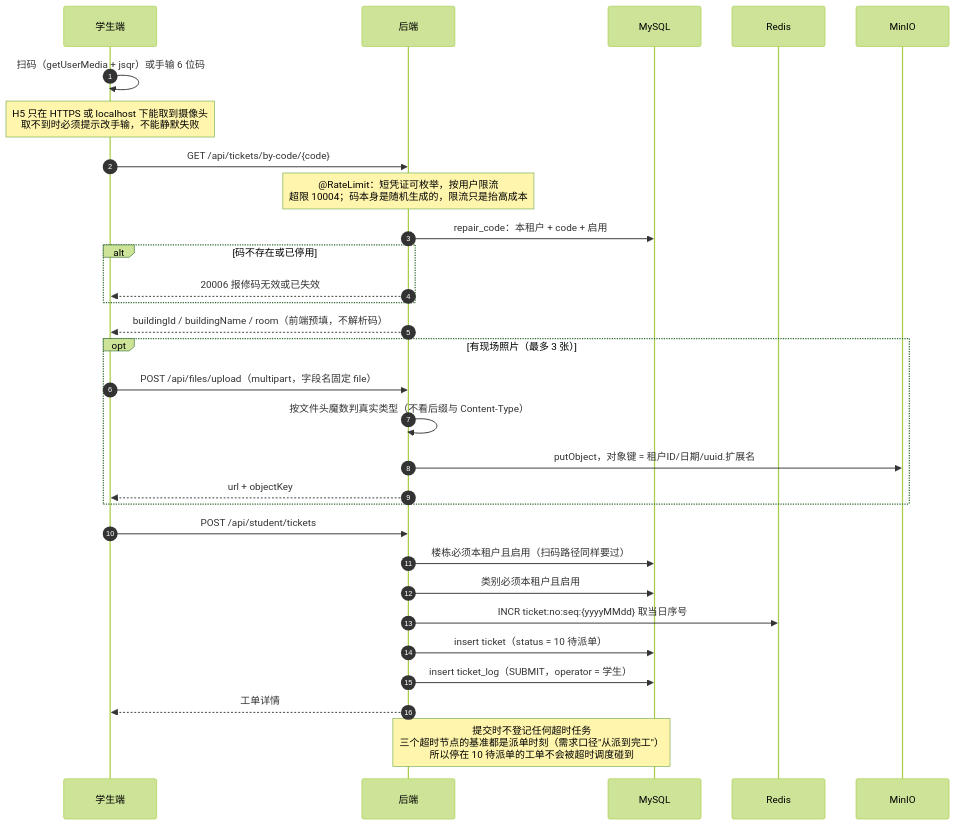
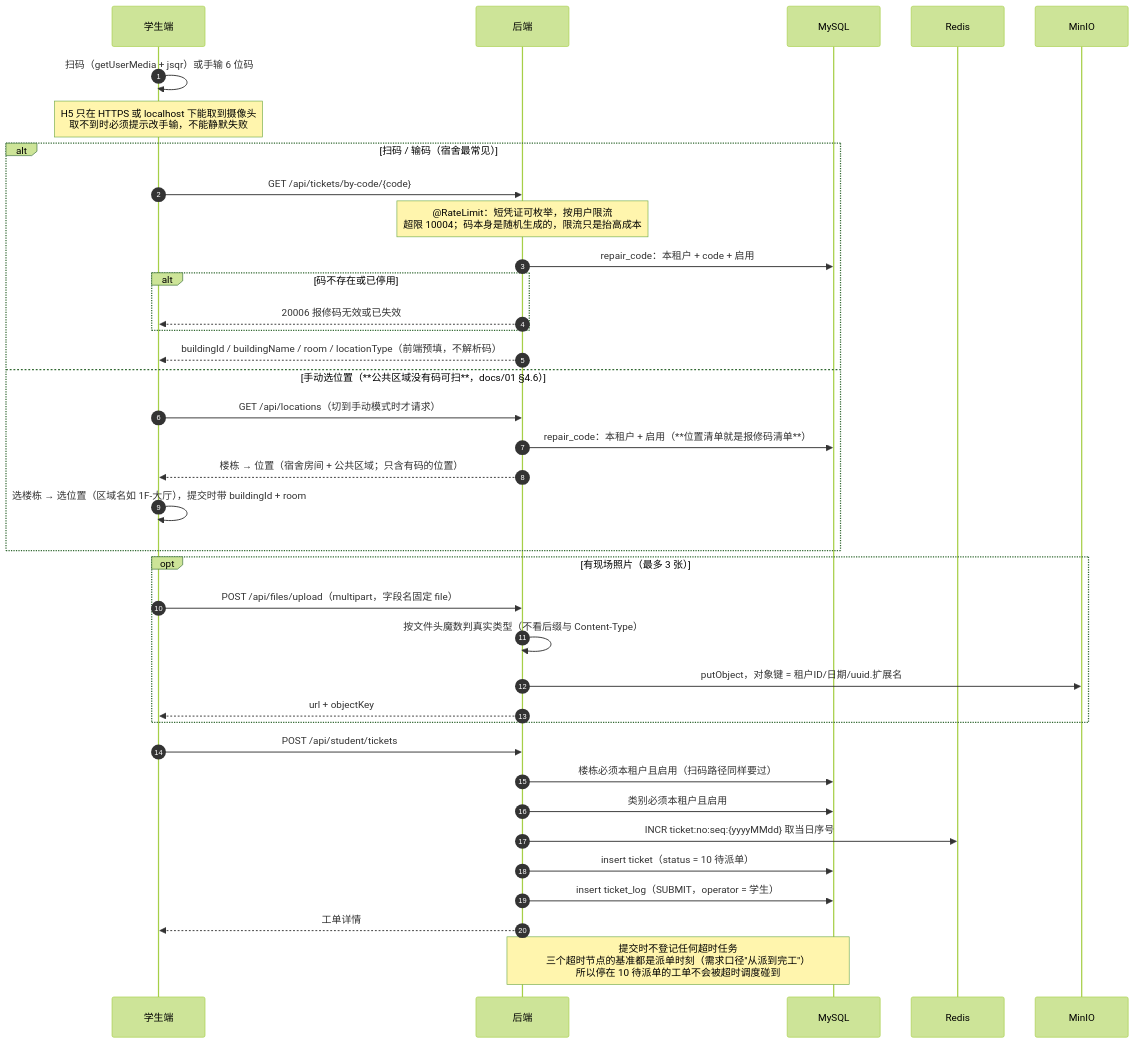
One commit to bluemalic/repair-platform changed the sixth of 12 diagrams in docs/06-架构图.md. Above: the diagram before and after it, drawn with Mermaid (forest theme). The commit also changed other lines of this file and 6 other files, not shown here.

````diff
--- a/docs/06-架构图.md
+++ b/docs/06-架构图.md
@@ -275,35 +275,42 @@
 ```mermaid
 sequenceDiagram
     autonumber
     participant H5 as 学生端
     participant API as 后端
     participant DB as MySQL
     participant R as Redis
     participant MIO as MinIO
 
     H5->>H5: 扫码（getUserMedia + jsqr）或手输 6 位码
     Note over H5: H5 只在 HTTPS 或 localhost 下能取到摄像头<br/>取不到时必须提示改手输，不能静默失败
-    H5->>API: GET /api/tickets/by-code/{code}
-    Note over API: @RateLimit：短凭证可枚举，按用户限流<br/>超限 10004；码本身是随机生成的，限流只是抬高成本
-    API->>DB: repair_code：本租户 + code + 启用
-    alt 码不存在或已停用
-        API-->>H5: 20006 报修码无效或已失效
+    alt 扫码 / 输码（宿舍最常见）
+        H5->>API: GET /api/tickets/by-code/{code}
+        Note over API: @RateLimit：短凭证可枚举，按用户限流<br/>超限 10004；码本身是随机生成的，限流只是抬高成本
+        API->>DB: repair_code：本租户 + code + 启用
+        alt 码不存在或已停用
+            API-->>H5: 20006 报修码无效或已失效
+        end
+        API-->>H5: buildingId / buildingName / room / locationType（前端预填，不解析码）
+    else 手动选位置（**公共区域没有码可扫**，docs/01 §4.6）
+        H5->>API: GET /api/locations（切到手动模式时才请求）
+        API->>DB: repair_code：本租户 + 启用（**位置清单就是报修码清单**）
+        API-->>H5: 楼栋 → 位置（宿舍房间 + 公共区域；只含有码的位置）
+        H5->>H5: 选楼栋 → 选位置（区域名如 1F-大厅），提交时带 buildingId + room
     end
-    API-->>H5: buildingId / buildingName / room（前端预填，不解析码）
 
     opt 有现场照片（最多 3 张）
         H5->>API: POST /api/files/upload（multipart，字段名固定 file）
         API->>API: 按文件头魔数判真实类型（不看后缀与 Content-Type）
         API->>MIO: putObject，对象键 = 租户ID/日期/uuid.扩展名
         API-->>H5: url + objectKey
     end
 
     H5->>API: POST /api/student/tickets
     API->>DB: 楼栋必须本租户且启用（扫码路径同样要过）
     API->>DB: 类别必须本租户且启用
     API->>R: INCR ticket:no:seq:{yyyyMMdd} 取当日序号
     API->>DB: insert ticket（status = 10 待派单）
     API->>DB: insert ticket_log（SUBMIT，operator = 学生）
     API-->>H5: 工单详情
     Note over API,DB: 提交时不登记任何超时任务<br/>三个超时节点的基准都是派单时刻（需求口径"从派到完工"）<br/>所以停在 10 待派单的工单不会被超时调度碰到
 ```
````
